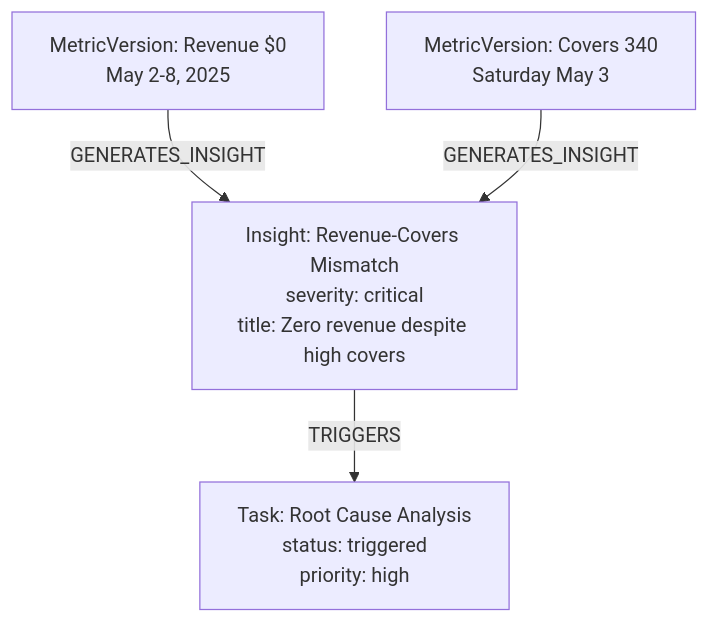
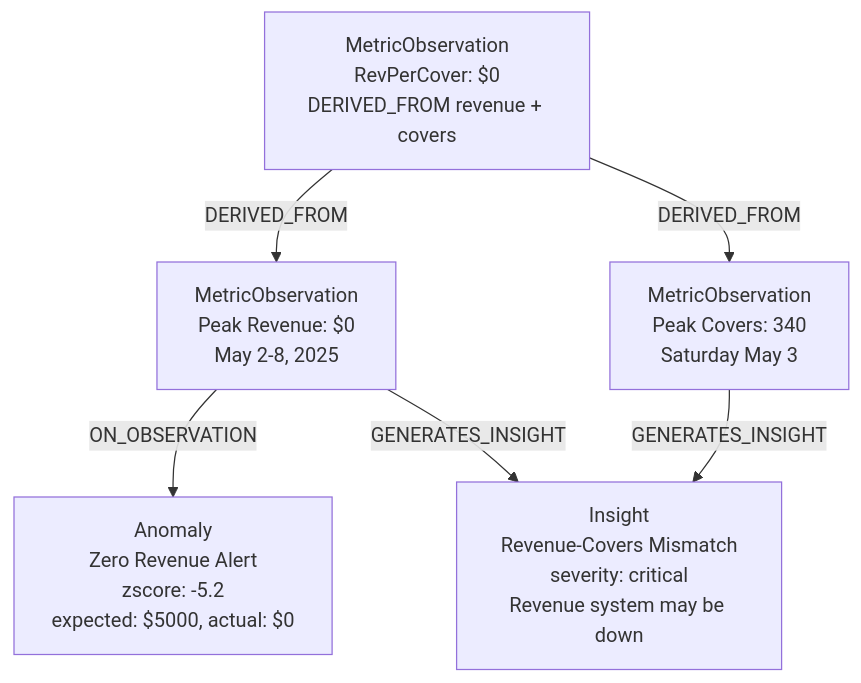
Diagram 13 of 14 in docs/understanding_layer_design.md (maxshuang/graphiti), drawn with Mermaid before and after one commit. The commit also changed other lines of this file, not shown here.

Commit message:
feat: Update implementation phasing and enhance mermaid diagrams for clarity and detail

````diff
--- a/docs/understanding_layer_design.md
+++ b/docs/understanding_layer_design.md
@@ -473,13 +525,18 @@
 ```mermaid
 graph TD
-    Revenue0[MetricVersion: Revenue $0<br/>May 2-8, 2025]
-    Covers340[MetricVersion: Covers 340<br/>Saturday May 3]
+    Revenue_Obs[MetricObservation<br/>Peak Revenue: $0<br/>May 2-8, 2025]
+    Covers_Obs[MetricObservation<br/>Peak Covers: 340<br/>Saturday May 3]
     
-    InsightAnomaly[Insight: Revenue-Covers Mismatch<br/>severity: critical<br/>title: Zero revenue despite high covers]
+    Revenue_Anomaly[Anomaly<br/>Zero Revenue Alert<br/>zscore: -5.2<br/>expected: $5000, actual: $0]
     
-    TaskInvestigate[Task: Root Cause Analysis<br/>status: triggered<br/>priority: high]
+    Insight_Anomaly[Insight<br/>Revenue-Covers Mismatch<br/>severity: critical<br/>Revenue system may be down]
     
-    Revenue0 -->|GENERATES_INSIGHT| InsightAnomaly
-    Covers340 -->|GENERATES_INSIGHT| InsightAnomaly
-    InsightAnomaly -->|TRIGGERS| TaskInvestigate
+    Revenue_Obs -->|ON_OBSERVATION| Revenue_Anomaly
+    Revenue_Obs -->|GENERATES_INSIGHT| Insight_Anomaly
+    Covers_Obs -->|GENERATES_INSIGHT| Insight_Anomaly
+    
+    RevPerCover_Obs[MetricObservation<br/>RevPerCover: $0<br/>DERIVED_FROM revenue + covers]
+    
+    RevPerCover_Obs -->|DERIVED_FROM| Revenue_Obs
+    RevPerCover_Obs -->|DERIVED_FROM| Covers_Obs
 ```
````
